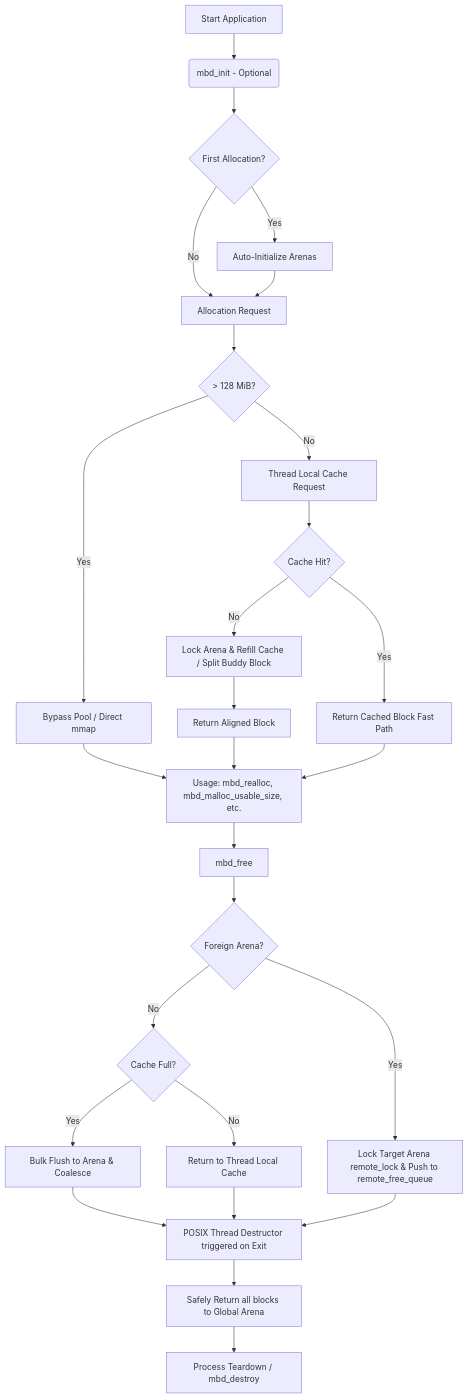
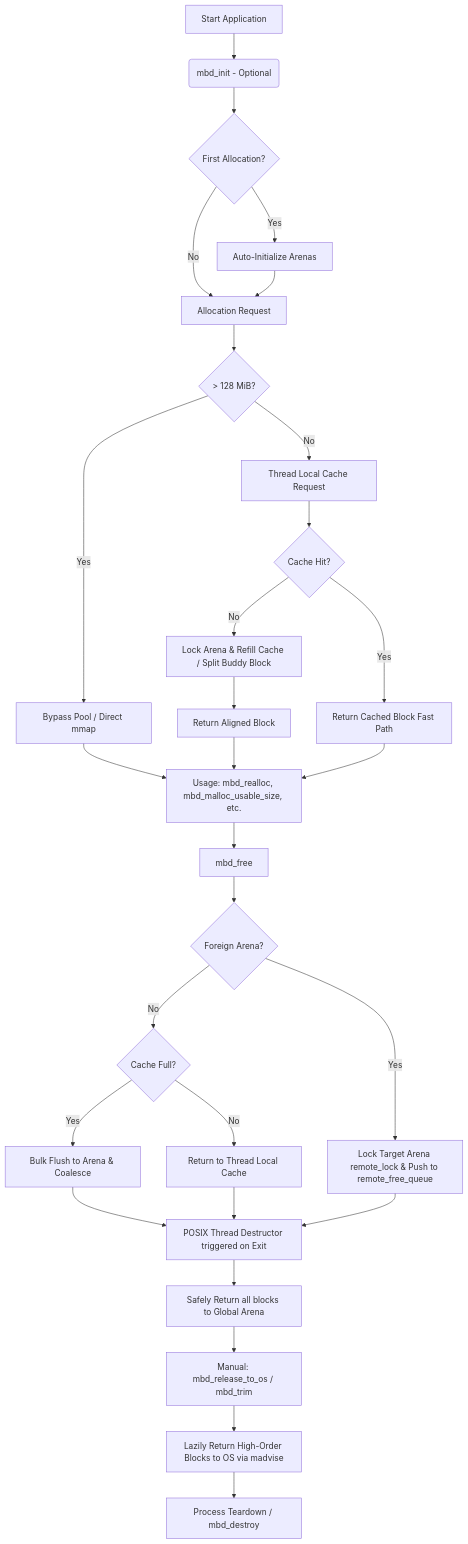
Before and after one commit to jmorel33/MyBuddy: the diagram in README.md, drawn with Mermaid.

Commit message:
Update README.md Mermaid diagram
- Added manual mbd_release_to_os step to the flowchart in README.md

````diff
--- a/README.md
+++ b/README.md
@@ -34,29 +34,31 @@
 ```mermaid
 flowchart TD
     A[Start Application] --> B(mbd_init - Optional)
     B --> C{First Allocation?}
     C -- Yes --> D[Auto-Initialize Arenas]
     C -- No --> E[Allocation Request]
     D --> E
     E --> V{> 128 MiB?}
     V -- Yes --> W[Bypass Pool / Direct mmap]
     V -- No --> X[Thread Local Cache Request]
     X --> F{Cache Hit?}
     F -- Yes --> G[Return Cached Block Fast Path]
     F -- No --> H[Lock Arena & Refill Cache / Split Buddy Block]
     H --> I[Return Aligned Block]
     W --> J
     I --> J[Usage: mbd_realloc, mbd_malloc_usable_size, etc.]
     G --> J
     J --> K[mbd_free]
     K --> Y{Foreign Arena?}
     Y -- Yes --> Z[Lock Target Arena remote_lock & Push to remote_free_queue]
     Y -- No --> L{Cache Full?}
     L -- Yes --> M[Bulk Flush to Arena & Coalesce]
     L -- No --> N[Return to Thread Local Cache]
     M --> O
     N --> O[POSIX Thread Destructor triggered on Exit]
     Z --> O
     O --> P[Safely Return all blocks to Global Arena]
-    P --> Q[Process Teardown / mbd_destroy]
+    P --> R[Manual: mbd_release_to_os / mbd_trim]
+    R --> S[Lazily Return High-Order Blocks to OS via madvise]
+    S --> Q[Process Teardown / mbd_destroy]
 ```
````
